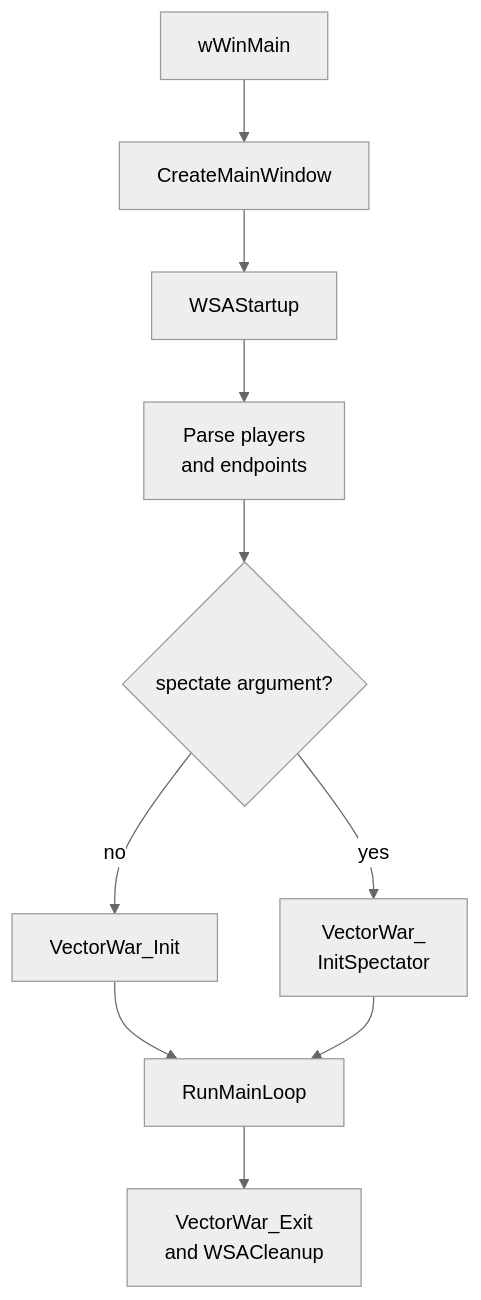
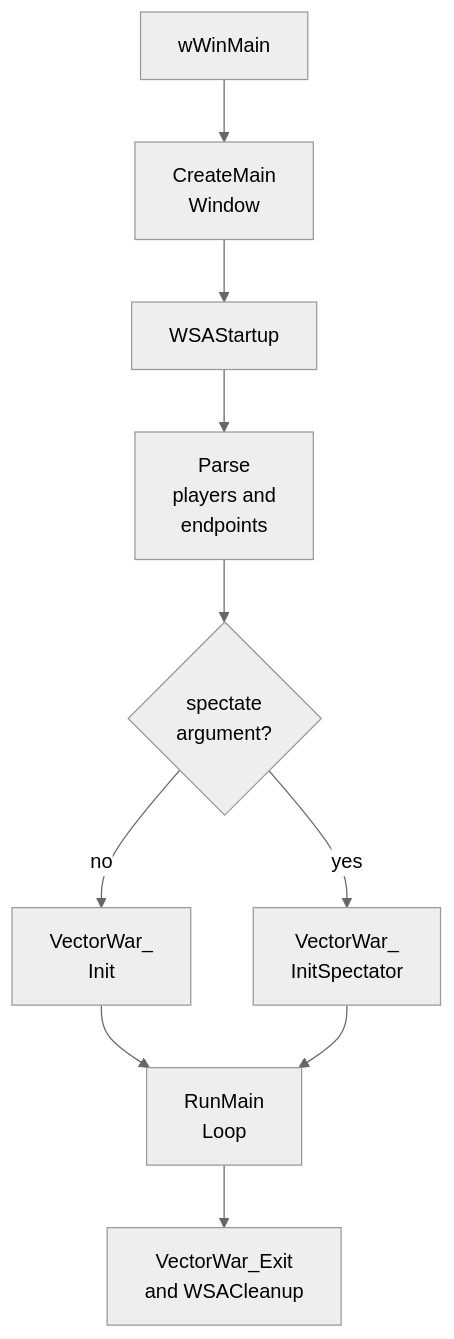
Before and after one commit to irregularthanis/ggpo-next: the second of 7 diagrams in doc/architecture/VectorWar.md, drawn with Mermaid (neutral theme). The commit also changed other lines of this file and 8 other files, not shown here.

Commit message:
docs: tighten all architecture diagram wrapping

````diff
--- a/doc/architecture/VectorWar.md
+++ b/doc/architecture/VectorWar.md
@@ -103,17 +103,17 @@
 ```mermaid
 flowchart TD
     Entry["wWinMain"]
-    Window["CreateMainWindow"]
+    Window["CreateMain<br/>Window"]
     Sockets["WSAStartup"]
-    Parse["Parse players<br/>and endpoints"]
-    Mode{"spectate argument?"}
-    Player["VectorWar_Init"]
+    Parse["Parse<br/>players and<br/>endpoints"]
+    Mode{"spectate<br/>argument?"}
+    Player["VectorWar_<br/>Init"]
     Spectator["VectorWar_<br/>InitSpectator"]
-    Loop["RunMainLoop"]
+    Loop["RunMain<br/>Loop"]
     Exit["VectorWar_Exit<br/>and WSACleanup"]
 
     Entry --> Window --> Sockets --> Parse --> Mode
     Mode -->|"no"| Player --> Loop
     Mode -->|"yes"| Spectator --> Loop
     Loop --> Exit
 ```
````
